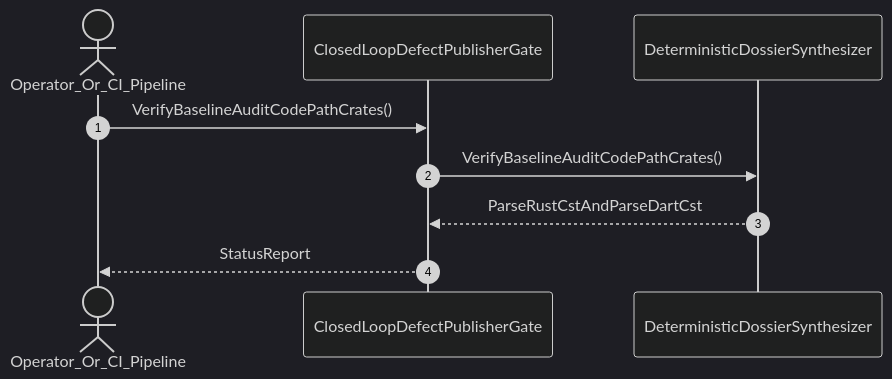
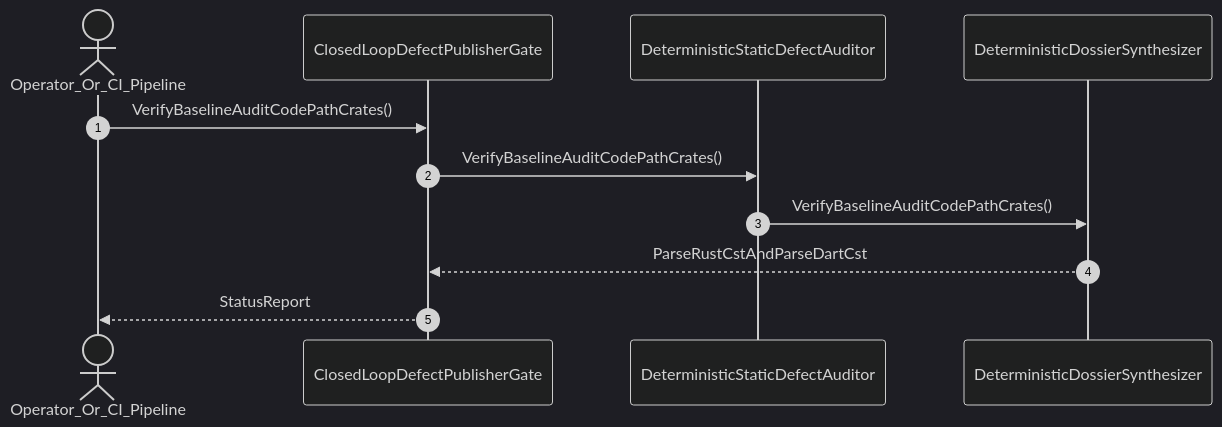
Before and after one commit to gintatkinson/DEAP01-spec-core: the diagram in .pipeline/upstream/docs/user-stories/US-37-VerifyBaselineAuditCodePathCrates.md, drawn with Mermaid (dark theme). The commit also changed other lines of this file and 225 other files, not shown here.

````diff
--- a/.pipeline/upstream/docs/user-stories/US-37-VerifyBaselineAuditCodePathCrates.md
+++ b/.pipeline/upstream/docs/user-stories/US-37-VerifyBaselineAuditCodePathCrates.md
@@ -38,11 +39,13 @@
 ```mermaid
 sequenceDiagram
     autonumber
     actor Operator_Or_CI_Pipeline
     participant ClosedLoopDefectPublisherGate
+    participant DeterministicStaticDefectAuditor
     participant DeterministicDossierSynthesizer
     Operator_Or_CI_Pipeline->>ClosedLoopDefectPublisherGate: VerifyBaselineAuditCodePathCrates()
-    ClosedLoopDefectPublisherGate->>DeterministicDossierSynthesizer: VerifyBaselineAuditCodePathCrates()
+    ClosedLoopDefectPublisherGate->>DeterministicStaticDefectAuditor: VerifyBaselineAuditCodePathCrates()
+    DeterministicStaticDefectAuditor->>DeterministicDossierSynthesizer: VerifyBaselineAuditCodePathCrates()
     DeterministicDossierSynthesizer-->>ClosedLoopDefectPublisherGate: ParseRustCstAndParseDartCst
     ClosedLoopDefectPublisherGate-->>Operator_Or_CI_Pipeline: StatusReport
 ```
````
